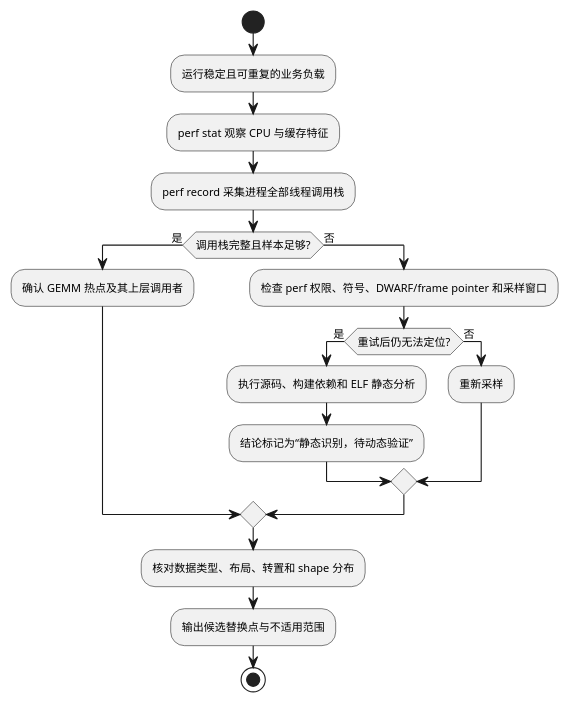
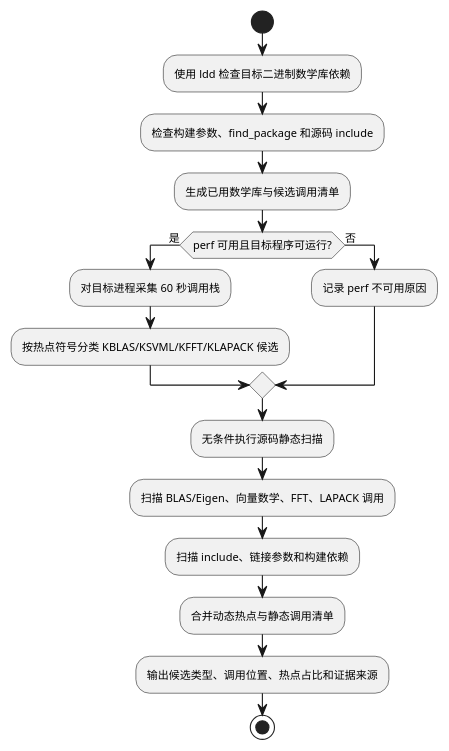
Before and after one commit to wlmnzf40/kblas-gemm-tuning: the fourth of 6 diagrams in references/detailed-design.md, drawn with PlantUML. The commit also changed other lines of this file, not shown here.

````diff
--- a/references/detailed-design.md
+++ b/references/detailed-design.md
@@ -247,24 +232,22 @@
 ```plantuml
 @startuml
 skinparam defaultFontName "Microsoft YaHei"
 skinparam defaultFontSize 10
 start
-:运行稳定且可重复的业务负载;
-:perf stat 观察 CPU 与缓存特征;
-:perf record 采集进程全部线程调用栈;
-if (调用栈完整且样本足够?) then (是)
-  :确认 GEMM 热点及其上层调用者;
+:使用 ldd 检查目标二进制数学库依赖;
+:检查构建参数、find_package 和源码 include;
+:生成已用数学库与候选调用清单;
+if (perf 可用且目标程序可运行?) then (是)
+  :对目标进程采集 60 秒调用栈;
+  :按热点符号分类 KBLAS/KSVML/KFFT/KLAPACK 候选;
 else (否)
-  :检查 perf 权限、符号、DWARF/frame pointer 和采样窗口;
-  if (重试后仍无法定位?) then (是)
-    :执行源码、构建依赖和 ELF 静态分析;
-    :结论标记为“静态识别，待动态验证”;
-  else (否)
-    :重新采样;
-  endif
+  :记录 perf 不可用原因;
 endif
-:核对数据类型、布局、转置和 shape 分布;
-:输出候选替换点与不适用范围;
+:无条件执行源码静态扫描;
+:扫描 BLAS/Eigen、向量数学、FFT、LAPACK 调用;
+:扫描 include、链接参数和构建依赖;
+:合并动态热点与静态调用清单;
+:输出候选类型、调用位置、热点占比和证据来源;
 stop
 @enduml
 ```
````
